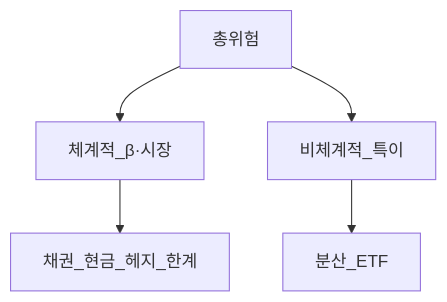
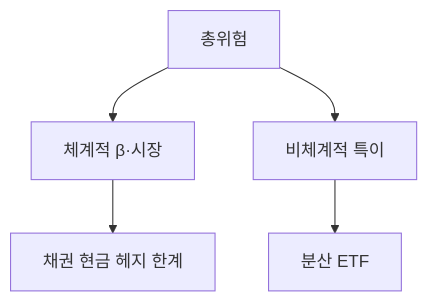
The first of 3 diagrams in 04-portfolio/risk-management-portfolio.md (goldanghenry/Finances), drawn with Mermaid before and after one commit. The commit also changed other lines of this file and 211 other files, not shown here.

````diff
--- a/04-portfolio/risk-management-portfolio.md
+++ b/04-portfolio/risk-management-portfolio.md
@@ -118,7 +118,7 @@
 ```mermaid
 flowchart TD
-  Total[총위험] --> Sys[체계적_β·시장]
-  Total --> Idio[비체계적_특이]
-  Idio --> Div[분산_ETF]
-  Sys --> Hedge[채권_현금_헤지_한계]
+  Total[총위험] --> Sys["체계적 β·시장"]
+  Total --> Idio["비체계적 특이"]
+  Idio --> Div["분산 ETF"]
+  Sys --> Hedge["채권 현금 헤지 한계"]
 ```
````
